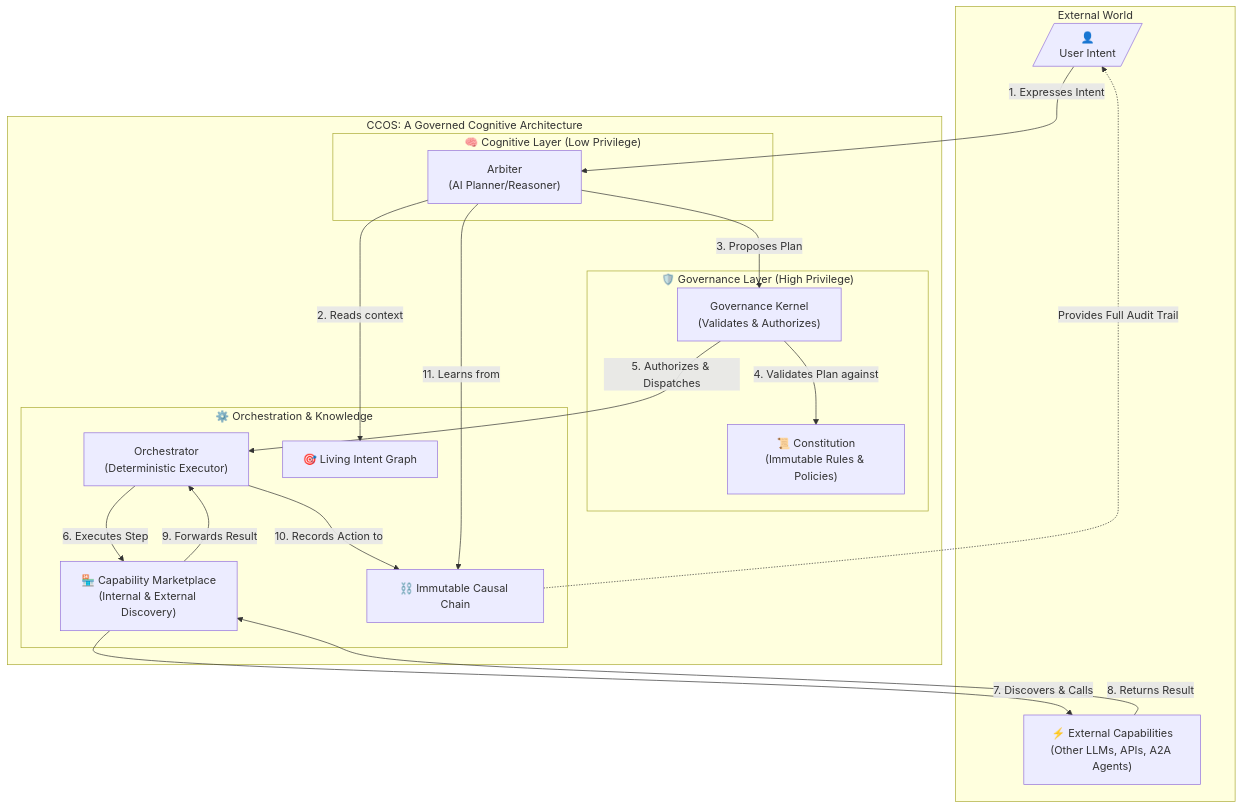
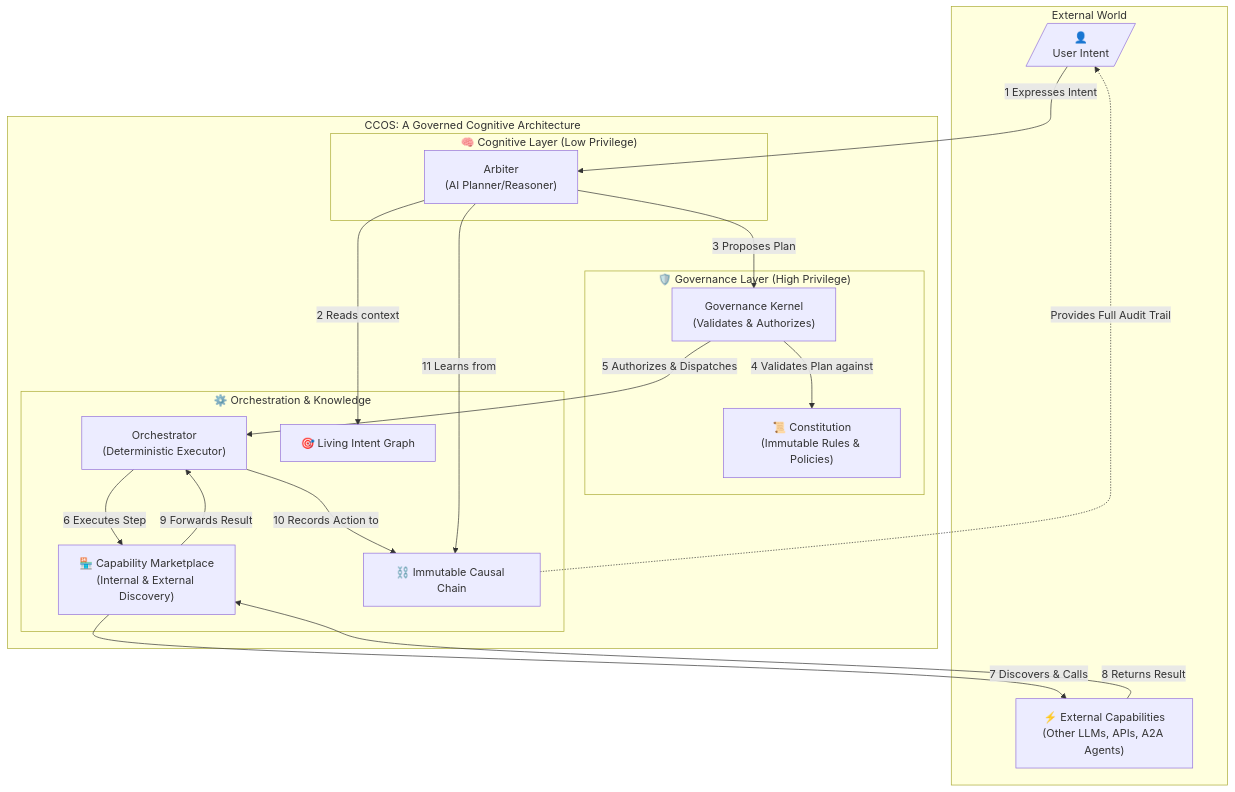
The diagram in README.md (mandubian/ccos), drawn with Mermaid before and after one commit.

Commit message:
more readme

````diff
--- a/README.md
+++ b/README.md
@@ -113,41 +113,41 @@
 ```mermaid
 graph TD
     subgraph "External World"
         U[/"👤<br/>User Intent"/]
         ExtAgents["⚡️ External Capabilities<br/>(Other LLMs, APIs, A2A Agents)"]
     end
 
     subgraph "CCOS: A Governed Cognitive Architecture"
         subgraph "🧠 Cognitive Layer (Low Privilege)"
             Arbiter["Arbiter<br/>(AI Planner/Reasoner)"]
         end
 
         subgraph "🛡️ Governance Layer (High Privilege)"
             Kernel["Governance Kernel<br/>(Validates & Authorizes)"]
             Constitution["📜 Constitution<br/>(Immutable Rules & Policies)"]
         end
 
         subgraph "⚙️ Orchestration & Knowledge"
             Orchestrator["Orchestrator<br/>(Deterministic Executor)"]
             Marketplace["🏪 Capability Marketplace<br/>(Internal & External Discovery)"]
             IntentGraph["🎯 Living Intent Graph"]
             CausalChain["⛓️ Immutable Causal Chain"]
         end
     end
     
     %% Core Flows
-    U --> |1. Expresses Intent| Arbiter
-    Arbiter -- "2. Reads context" --> IntentGraph
-    Arbiter -- "3. Proposes Plan" --> Kernel
-    Kernel -- "4. Validates Plan against" --> Constitution
-    Kernel -- "5. Authorizes & Dispatches" --> Orchestrator
+    U --> |1 Expresses Intent| Arbiter
+    Arbiter -- "2 Reads context" --> IntentGraph
+    Arbiter -- "3 Proposes Plan" --> Kernel
+    Kernel -- "4 Validates Plan against" --> Constitution
+    Kernel -- "5 Authorizes & Dispatches" --> Orchestrator
     
-    Orchestrator -- "6. Executes Step" --> Marketplace
-    Marketplace -- "7. Discovers & Calls" --> ExtAgents
-    ExtAgents -- "8. Returns Result" --> Marketplace
-    Marketplace -- "9. Forwards Result" --> Orchestrator
+    Orchestrator -- "6 Executes Step" --> Marketplace
+    Marketplace -- "7 Discovers & Calls" --> ExtAgents
+    ExtAgents -- "8 Returns Result" --> Marketplace
+    Marketplace -- "9 Forwards Result" --> Orchestrator
     
-    Orchestrator -- "10. Records Action to" --> CausalChain
-    Arbiter -- "11. Learns from" --> CausalChain
+    Orchestrator -- "10 Records Action to" --> CausalChain
+    Arbiter -- "11 Learns from" --> CausalChain
     CausalChain -.-> |"Provides Full Audit Trail"| U
 ```
````
